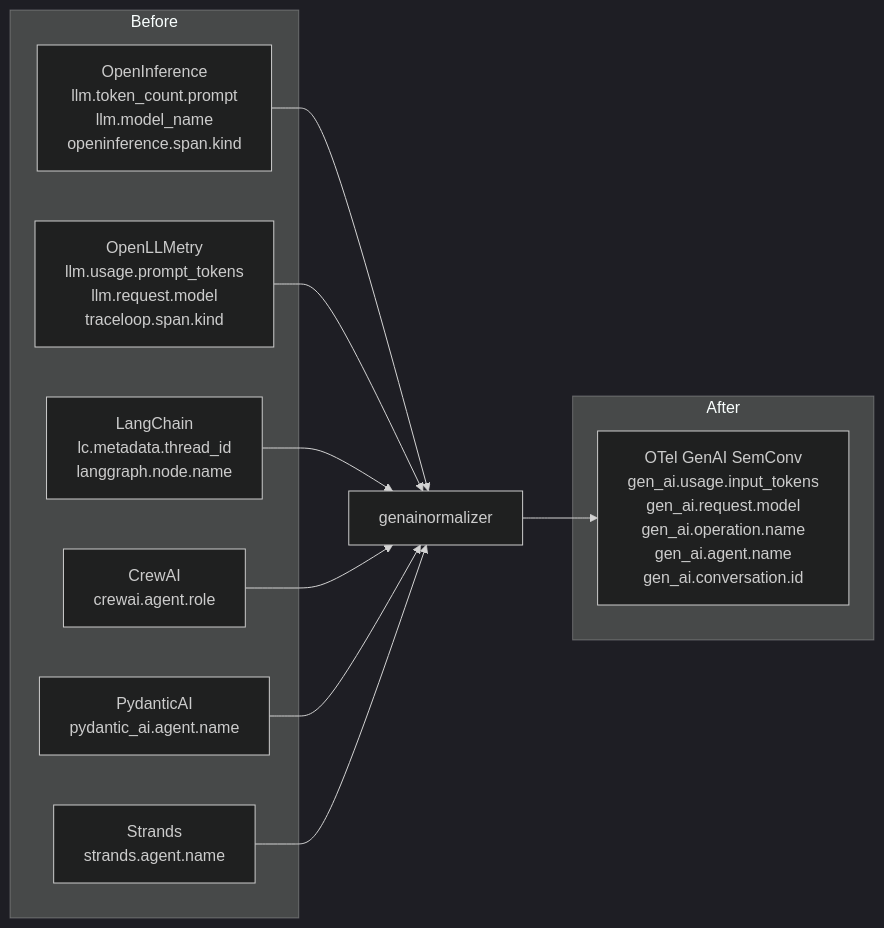
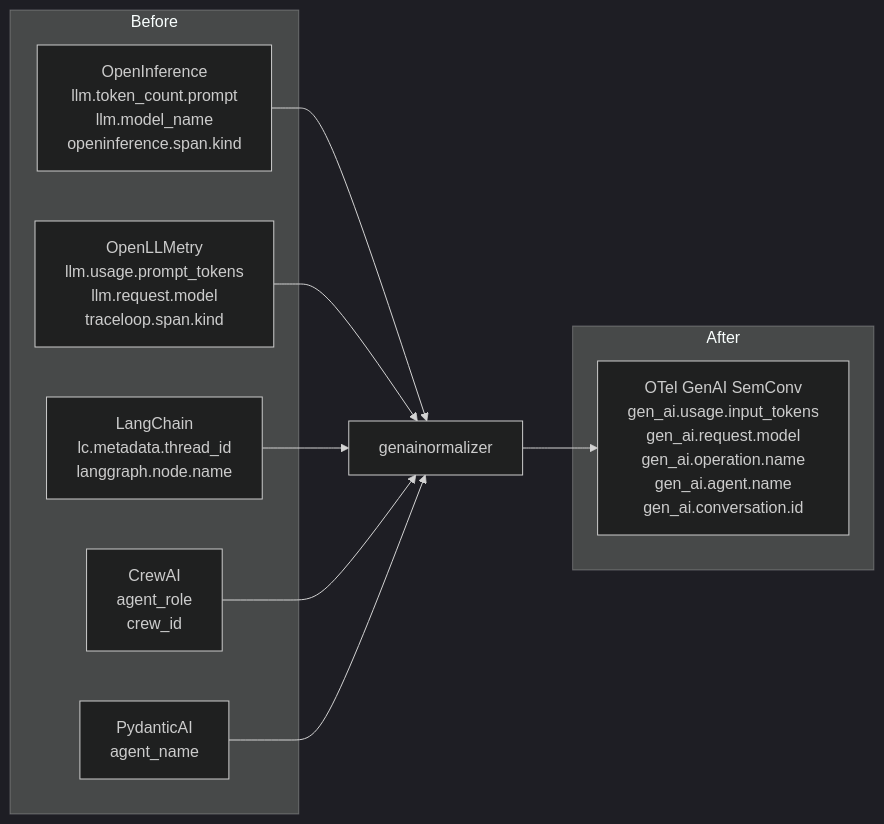
One commit to kylehounslow/genainormalizer changed the diagram in README.md. Above: the diagram before and after it, drawn with Mermaid (dark theme). The commit also changed other lines of this file, not shown here.

Commit message:
Fix mermaid diagram and examples to match actual attribute names
- Remove Strands from diagram (empty profile, emits gen_ai.* natively)
- CrewAI: crewai.agent.role -> agent_role
- PydanticAI: pydantic_ai.agent.name -> agent_name

````diff
--- a/README.md
+++ b/README.md
@@ -9,19 +9,18 @@
 ```mermaid
 graph LR
     subgraph Before
         OI[OpenInference<br>llm.token_count.prompt<br>llm.model_name<br>openinference.span.kind]
         OL[OpenLLMetry<br>llm.usage.prompt_tokens<br>llm.request.model<br>traceloop.span.kind]
         LC[LangChain<br>lc.metadata.thread_id<br>langgraph.node.name]
-        CR[CrewAI<br>crewai.agent.role]
-        PA[PydanticAI<br>pydantic_ai.agent.name]
-        ST[Strands<br>strands.agent.name]
+        CR[CrewAI<br>agent_role<br>crew_id]
+        PA[PydanticAI<br>agent_name]
     end
 
-    OI & OL & LC & CR & PA & ST --> N[genainormalizer]
+    OI & OL & LC & CR & PA --> N[genainormalizer]
 
     subgraph After
         G[OTel GenAI SemConv<br>gen_ai.usage.input_tokens<br>gen_ai.request.model<br>gen_ai.operation.name<br>gen_ai.agent.name<br>gen_ai.conversation.id]
     end
 
     N --> G
 ```
````
